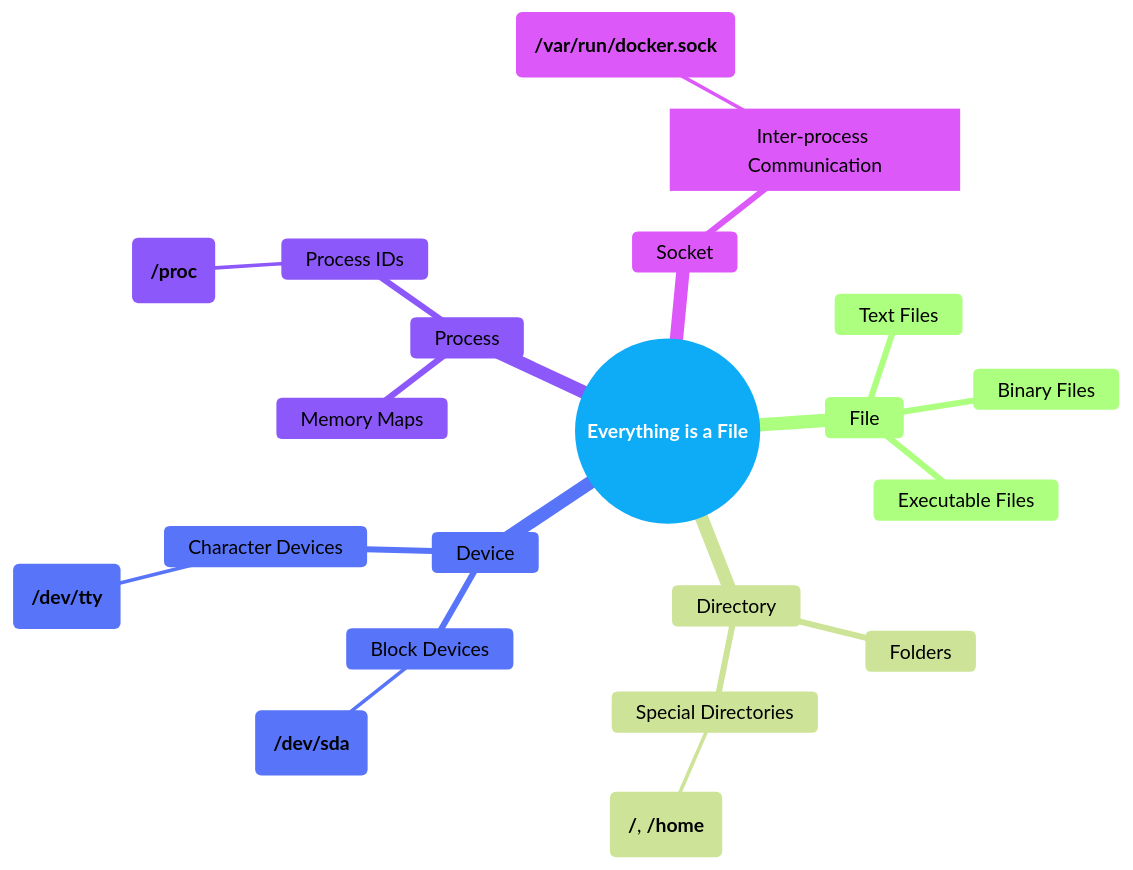
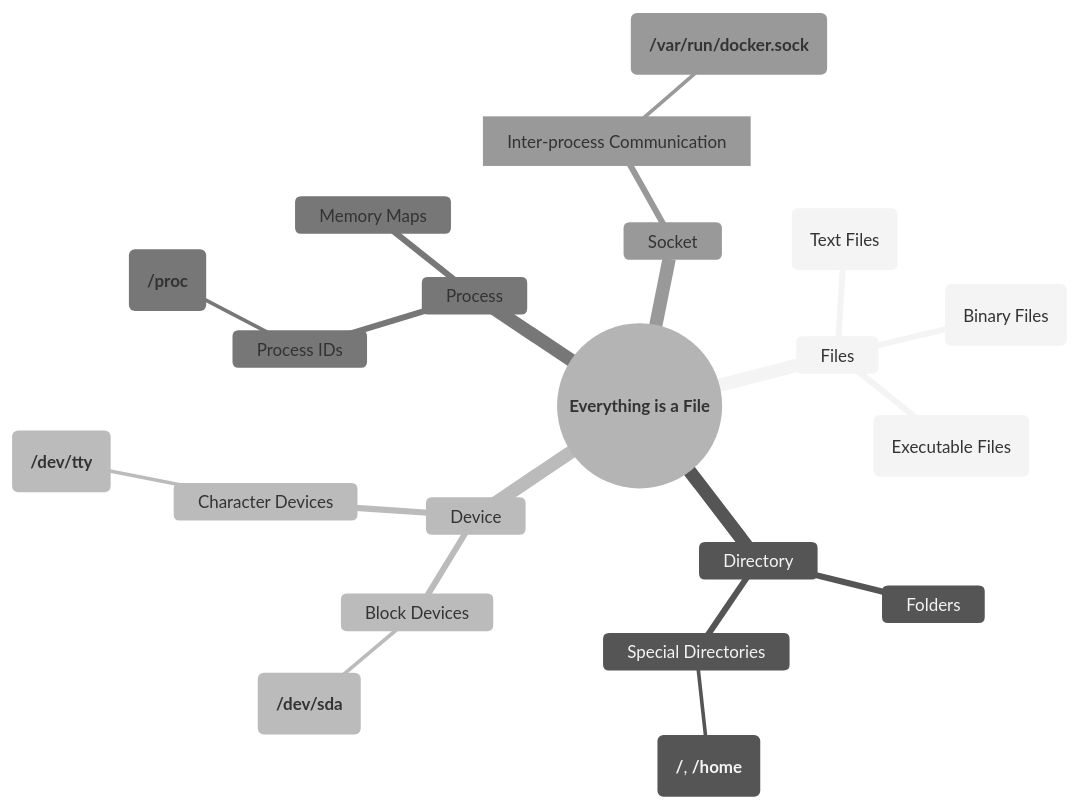
The diagram in basics.qmd (mjfrigaard/linux-cb), drawn with Mermaid before and after one commit. The commit also changed other lines of this file and 24 other files, not shown here.

````diff
--- a/basics.qmd
+++ b/basics.qmd
@@ -51,30 +53,29 @@
 ```{mermaid}
-%%| fig-width: 8.0
+%%| fig-cap: 'Everything is a file'
 %%| fig-align: center
-%%| fig-cap: 'Everything is a file'
-%%{init: {'theme': 'forest', 'themeVariables': { 'fontFamily': 'Inconsolata', 'primaryColor': '#89D6FB', 'edgeLabelBackground':'#02577A'}}}%%
+%%{init: {'theme': 'neutral', 'themeVariables': { 'fontFamily': 'Inconsolata', 'fontSize': '14px'}}}%%
 
 mindmap
-  root(("`**Everything is a File**`"))
-    File
-      Text Files
-      Binary Files
-      Executable Files
+  root(("**Everything is a File**"))
+    Files
+      txt("Text Files")
+      bin("Binary Files")
+      exe("Executable Files")
     Directory
       Folders
       Special Directories 
         id1("**/**, **/home**")
     Device
       Block Devices
         id2("`**/dev/sda**`")
       Character Devices
         id3("`**/dev/tty**`")
     Process
       Process IDs
         id4("**/proc**")
       Memory Maps
     Socket 
       id5["Inter-process Communication"]
         id6("**/var/run/docker.sock**")
       
 ```
````
